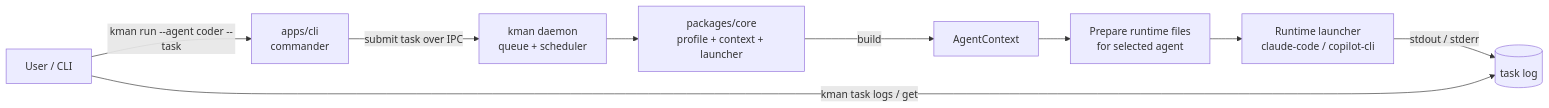
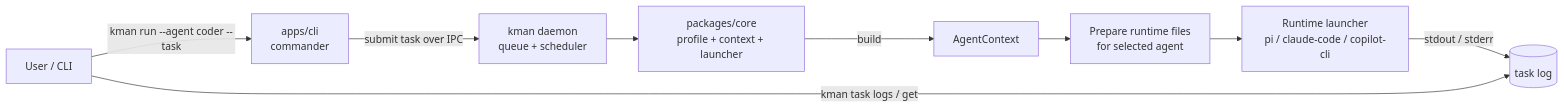
The first of 2 diagrams in docs/architecture.md (unliftedq/kman), drawn with Mermaid before and after one commit. The commit also changed other lines of this file and 7 other files, not shown here.

````diff
--- a/docs/architecture.md
+++ b/docs/architecture.md
@@ -12,11 +12,11 @@
 ```mermaid
 flowchart LR
     user[User / CLI] -->|kman run --agent coder --task| cli[apps/cli<br/>commander]
     cli -->|submit task over IPC| daemon[kman daemon<br/>queue + scheduler]
     daemon --> core[packages/core<br/>profile + context + launcher]
     core -->|build| ctx[AgentContext]
     ctx --> prep[Prepare runtime files<br/>for selected agent]
-    prep --> backend[Runtime launcher<br/>claude-code / copilot-cli]
+    prep --> backend[Runtime launcher<br/>pi / claude-code / copilot-cli]
     backend -->|stdout / stderr| log[(task log)]
     user -->|kman task logs / get| log
 ```
````
